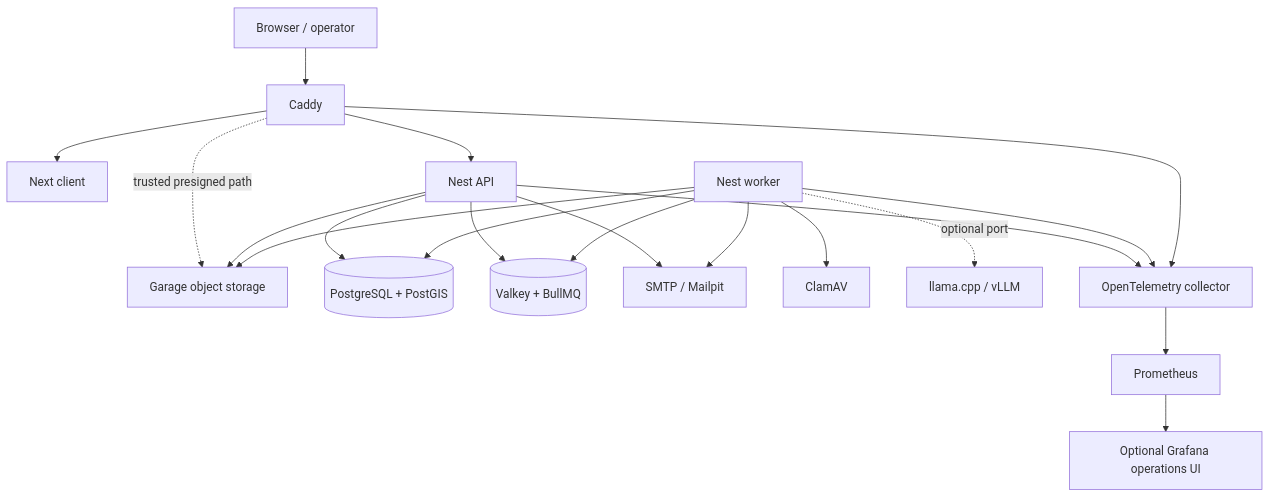
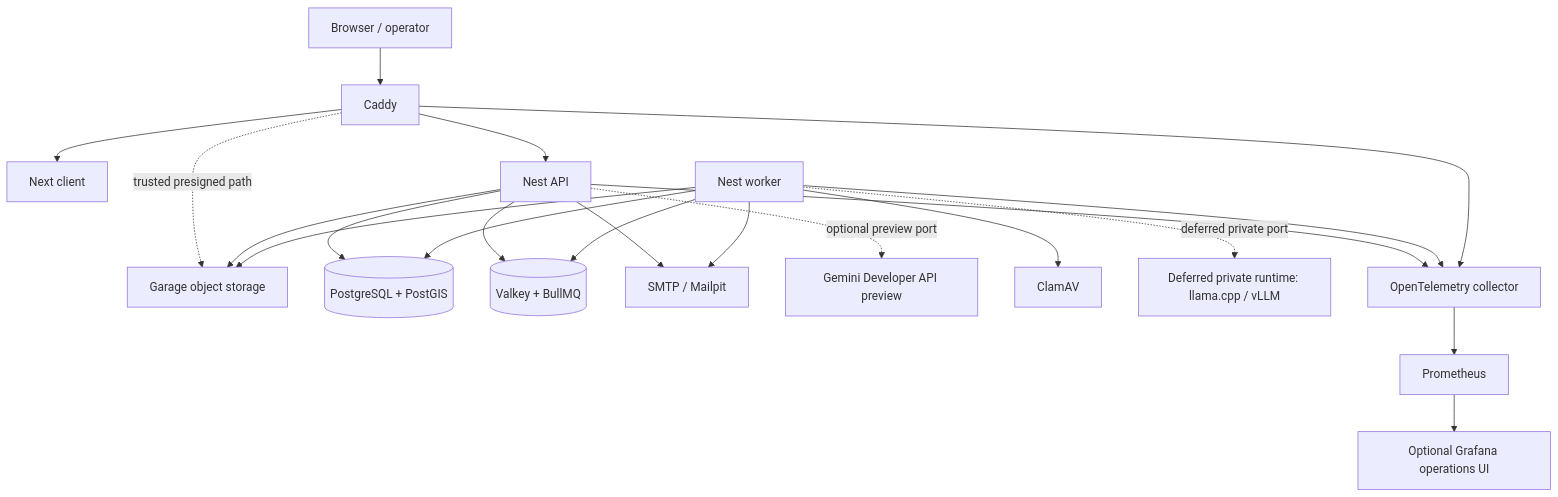
Before and after one commit to gerald-donkor/acres: the second of 6 diagrams in docs/system-architecture.md, drawn with Mermaid. The commit also changed other lines of this file and 12 other files, not shown here.

````diff
--- a/docs/system-architecture.md
+++ b/docs/system-architecture.md
@@ -89,22 +91,23 @@
 ```mermaid
 flowchart TB
   Internet[Browser / operator] --> Caddy[Caddy]
   Caddy --> Next[Next client]
   Caddy --> API[Nest API]
   Caddy -. trusted presigned path .-> Garage[Garage object storage]
   API --> PG[(PostgreSQL + PostGIS)]
   API --> Valkey[(Valkey + BullMQ)]
   API --> Garage
   API --> Mail[SMTP / Mailpit]
+  API -. optional preview port .-> Gemini[Gemini Developer API preview]
   Worker[Nest worker] --> PG
   Worker --> Valkey
   Worker --> Garage
   Worker --> ClamAV[ClamAV]
   Worker --> Mail
-  Worker -. optional port .-> LocalAI[llama.cpp / vLLM]
+  Worker -. deferred private port .-> LocalAI[Deferred private runtime: llama.cpp / vLLM]
   API --> Telemetry[OpenTelemetry collector]
   Worker --> Telemetry
   Caddy --> Telemetry
   Telemetry --> Prometheus[Prometheus]
   Prometheus --> Grafana[Optional Grafana operations UI]
 ```
````
